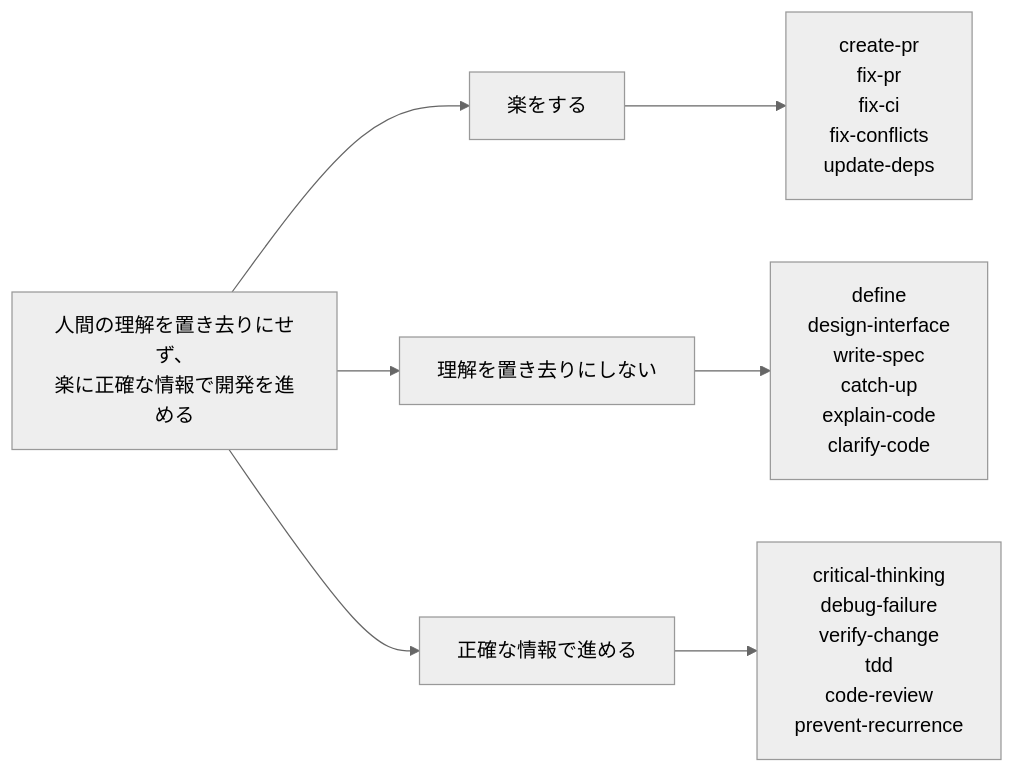
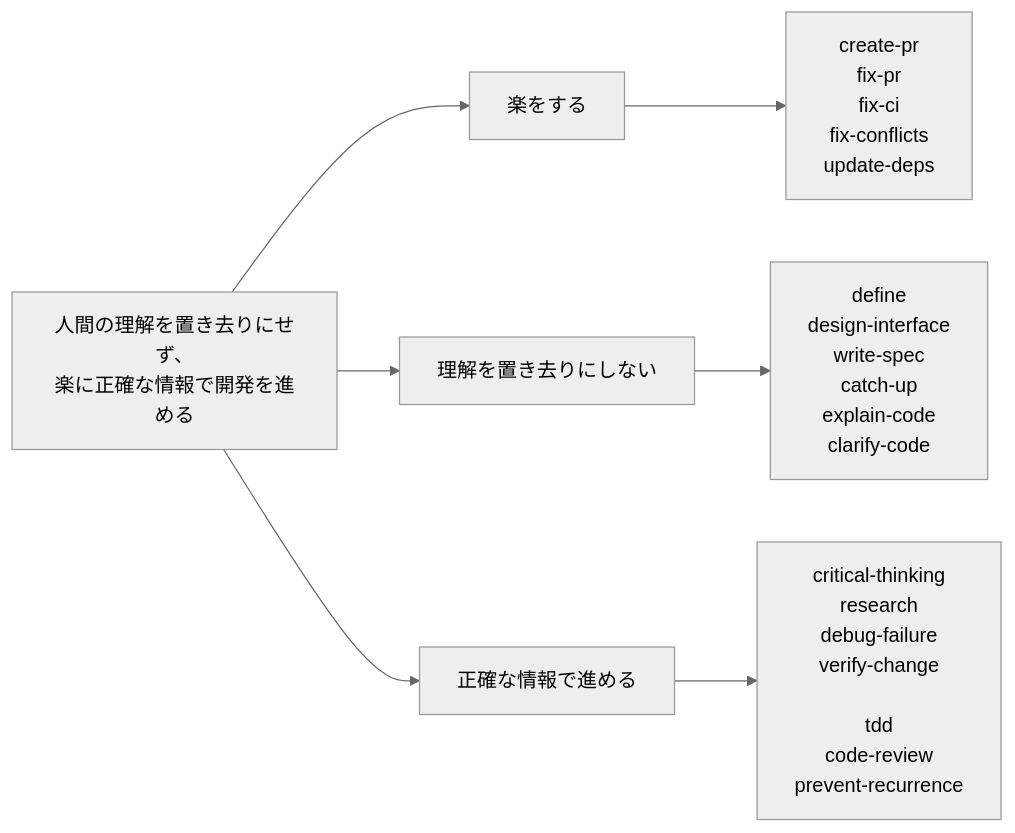
One commit to tr-yasuda/everything-codex changed the diagram in README.md. Above: the diagram before and after it, drawn with Mermaid (neutral theme). The commit also changed other lines of this file and 2 other files, not shown here.

Commit message:
feat(skills): 外部情報の調査と事実確認を担う research skill を追加

````diff
--- a/README.md
+++ b/README.md
@@ -8,12 +8,13 @@
 ```mermaid
 flowchart LR
   P["人間の理解を置き去りにせず、<br/>楽に正確な情報で開発を進める"]
 
   P --> E["楽をする"]
   P --> U["理解を置き去りにしない"]
   P --> A["正確な情報で進める"]
 
   E --> E1["create-pr<br/>fix-pr<br/>fix-ci<br/>fix-conflicts<br/>update-deps"]
   U --> U1["define<br/>design-interface<br/>write-spec<br/>catch-up<br/>explain-code<br/>clarify-code"]
-  A --> A1["critical-thinking<br/>debug-failure<br/>verify-change<br/>tdd<br/>code-review<br/>prevent-recurrence"]
+  A --> A1["critical-thinking<br/>research<br/>debug-failure<br/>verify-change<br/>
+    tdd<br/>code-review<br/>prevent-recurrence"]
 ```
````
